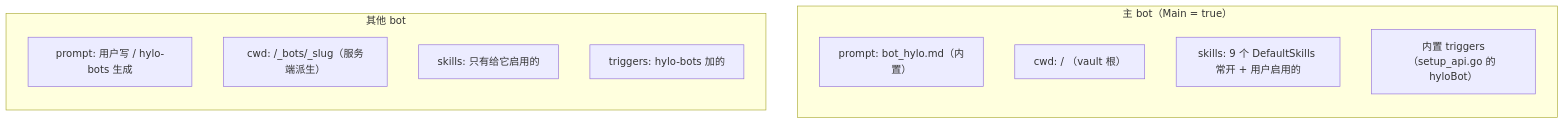
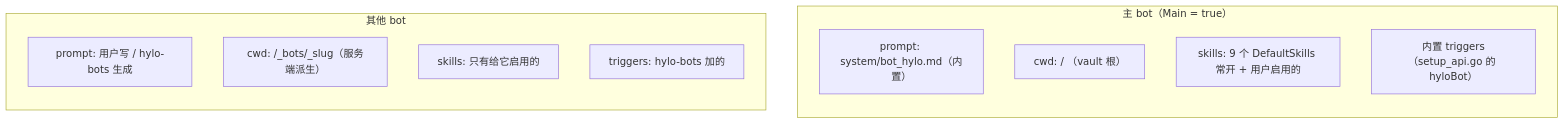
One commit to skoowoo/hylo changed the second of 6 diagrams in docs/prompt-skills-architecture.md. Above: the diagram before and after it, drawn with Mermaid. The commit also changed other lines of this file and 34 other files, not shown here.

Commit message:
Group prompt texts into system, setup, trigger and proactive folders

````diff
--- a/docs/prompt-skills-architecture.md
+++ b/docs/prompt-skills-architecture.md
@@ -95,17 +95,17 @@
 ```mermaid
 flowchart TB
     subgraph Main["主 bot（Main = true）"]
         direction TB
-        MP["prompt: bot_hylo.md（内置）"]
+        MP["prompt: system/bot_hylo.md（内置）"]
         MC["cwd: / （vault 根）"]
         MS["skills: 9 个 DefaultSkills 常开 + 用户启用的"]
         MT["内置 triggers（setup_api.go 的 hyloBot）"]
     end
     subgraph Other["其他 bot"]
         direction TB
         OP["prompt: 用户写 / hylo-bots 生成"]
         OC["cwd: /_bots/_slug（服务端派生）"]
         OS["skills: 只有给它启用的"]
         OT["triggers: hylo-bots 加的"]
     end
 ```
````
